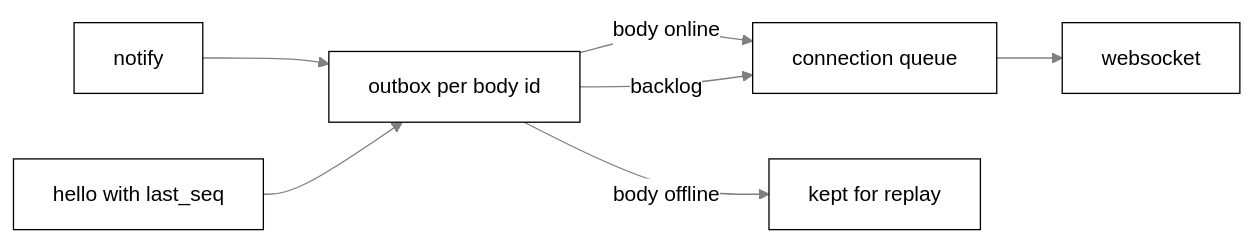
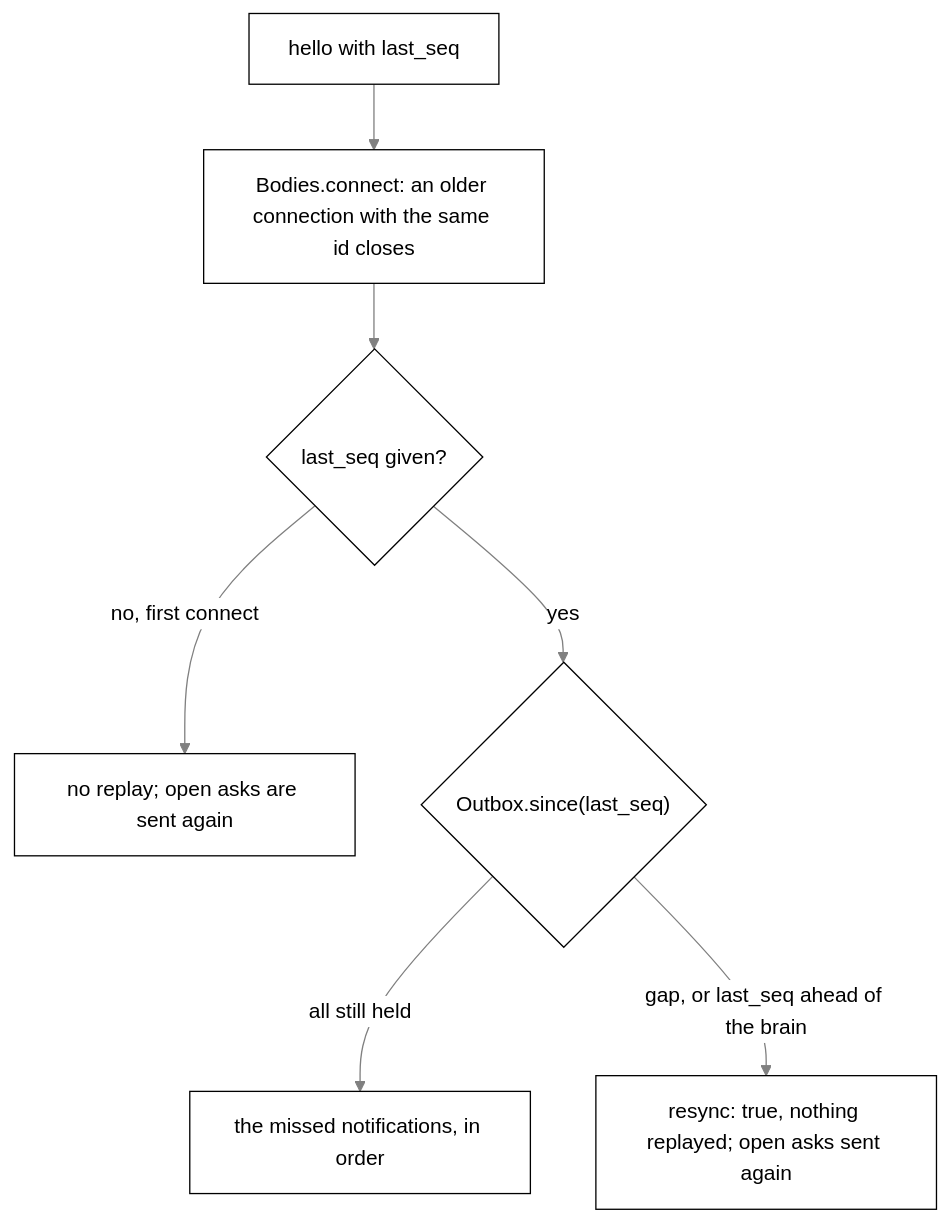
One commit to nadeem4/tagalong changed the fourth of 5 diagrams in docs/brain/README.md. Above: the diagram before and after it, drawn with Mermaid. The commit also changed other lines of this file and 5 other files, not shown here.

````diff
--- a/docs/brain/README.md
+++ b/docs/brain/README.md
@@ -202,10 +249,10 @@
 ```mermaid
-%%{init: {"theme": "base", "themeVariables": {"primaryColor": "#ffffff", "primaryTextColor": "#000000", "primaryBorderColor": "#000000", "lineColor": "#808080", "arrowheadColor": "#808080", "secondaryColor": "#f2f2f2", "tertiaryColor": "#ffffff", "clusterBkg": "#f7f7f7", "clusterBorder": "#808080", "edgeLabelBackground": "#ffffff", "titleColor": "#808080", "actorBkg": "#ffffff", "actorBorder": "#000000", "actorTextColor": "#000000", "actorLineColor": "#808080", "signalColor": "#808080", "signalTextColor": "#808080", "sequenceNumberColor": "#ffffff", "labelBoxBkgColor": "#ffffff", "labelBoxBorderColor": "#808080", "labelTextColor": "#000000", "loopTextColor": "#808080", "noteBkgColor": "#f7f7f7", "noteBorderColor": "#808080", "noteTextColor": "#000000", "activationBkgColor": "#f7f7f7", "activationBorderColor": "#808080", "fontFamily": "Segoe UI, Helvetica, Arial, sans-serif"}}}%%
-flowchart LR
-    N[notify] --> O[outbox per body id]
-    O -->|body online| W[connection queue]
-    O -->|body offline| K[kept for replay]
-    H[hello with last_seq] --> O
-    O -->|backlog| W
-    W --> S[websocket]
+%%{init: {"theme": "base", "themeVariables": {"primaryColor": "#ffffff", "primaryTextColor": "#000000", "primaryBorderColor": "#000000", "lineColor": "#808080", "arrowheadColor": "#808080", "secondaryColor": "#f2f2f2", "tertiaryColor": "#ffffff", "clusterBkg": "#f7f7f7", "clusterBorder": "#808080", "edgeLabelBackground": "#ffffff", "titleColor": "#808080", "actorBkg": "#ffffff", "actorBorder": "#000000", "actorTextColor": "#000000", "actorLineColor": "#808080", "signalColor": "#808080", "signalTextColor": "#808080", "sequenceNumberColor": "#ffffff", "labelBoxBkgColor": "#ffffff", "labelBoxBorderColor": "#808080", "labelTextColor": "#000000", "loopTextColor": "#808080", "noteBkgColor": "#f7f7f7", "noteBorderColor": "#808080", "noteTextColor": "#000000", "activationBkgColor": "#f7f7f7", "activationBorderColor": "#808080", "fontFamily": "Segoe UI, Helvetica, Arial, sans-serif"}, "themeCSS": ".relationshipLabelBox{opacity:1} .relationshipLabelBox rect{opacity:1}"}}%%
+flowchart TD
+  H["hello with last_seq"] --> C["Bodies.connect: an older connection with the same id closes"]
+  C --> Q{"last_seq given?"}
+  Q -->|"no, first connect"| N["no replay; open asks are sent again"]
+  Q -->|"yes"| W{"Outbox.since(last_seq)"}
+  W -->|"all still held"| B["the missed notifications, in order"]
+  W -->|"gap, or last_seq ahead of the brain"| R["resync: true, nothing replayed; open asks sent again"]
 ```
````
